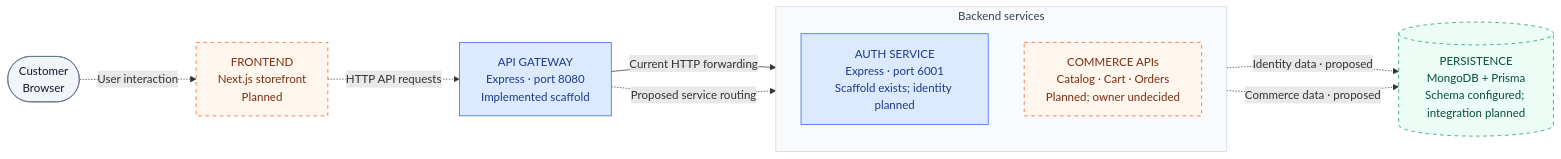
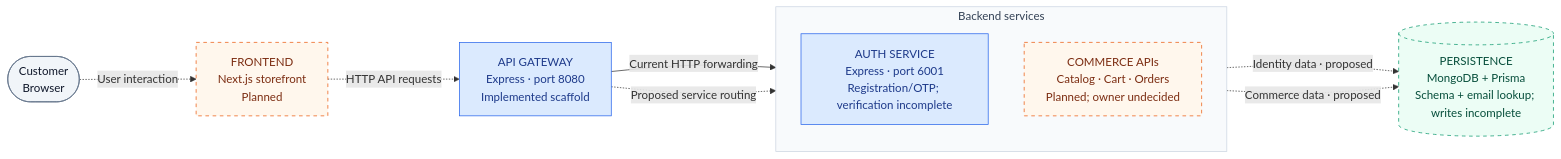
One commit to Kruskal892/Microservice-SaaS-E-commerce changed the first of 2 diagrams in docs/architecture/architecture.md. Above: the diagram before and after it, drawn with Mermaid. The commit also changed other lines of this file and 32 other files, not shown here.

Commit message:
Refactor: wire gateway middleware, refactor shared aliases to @packages, and harden registration flow

````diff
--- a/docs/architecture/architecture.md
+++ b/docs/architecture/architecture.md
@@ -20,31 +20,31 @@
 ```mermaid
 flowchart LR
     Client(["Customer<br/>Browser"])
     Frontend["FRONTEND<br/>Next.js storefront<br/>Planned"]
     Gateway["API GATEWAY<br/>Express · port 8080<br/>Implemented scaffold"]
 
     subgraph Backend["Backend services"]
         direction TB
-        Auth["AUTH SERVICE<br/>Express · port 6001<br/>Scaffold exists; identity planned"]
+        Auth["AUTH SERVICE<br/>Express · port 6001<br/>Registration/OTP; verification incomplete"]
         Commerce["COMMERCE APIs<br/>Catalog · Cart · Orders<br/>Planned; owner undecided"]
     end
 
-    Database[("PERSISTENCE<br/>MongoDB + Prisma<br/>Schema configured; integration planned")]
+    Database[("PERSISTENCE<br/>MongoDB + Prisma<br/>Schema + email lookup; writes incomplete")]
 
     Client -.->|"User interaction"| Frontend
     Frontend -.->|"HTTP API requests"| Gateway
     Gateway -->|"Current HTTP forwarding"| Auth
     Gateway -.->|"Proposed service routing"| Commerce
     Auth -.->|"Identity data · proposed"| Database
     Commerce -.->|"Commerce data · proposed"| Database
 
     classDef client fill:#f1f5f9,stroke:#64748b,color:#0f172a
     classDef current fill:#dbeafe,stroke:#2563eb,color:#1e3a8a
     classDef planned fill:#fff7ed,stroke:#ea580c,color:#7c2d12,stroke-dasharray:5 5
     classDef storage fill:#ecfdf5,stroke:#059669,color:#064e3b,stroke-dasharray:5 5
     class Client client
     class Gateway,Auth current
     class Frontend,Commerce planned
     class Database storage
     style Backend fill:#f8fafc,stroke:#cbd5e1,color:#334155
 ```
````
